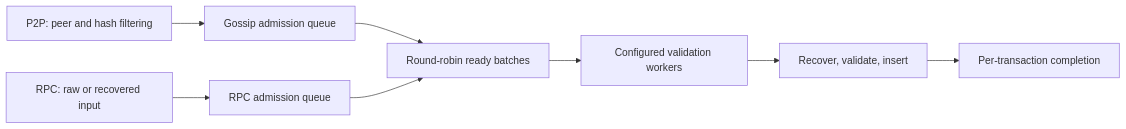
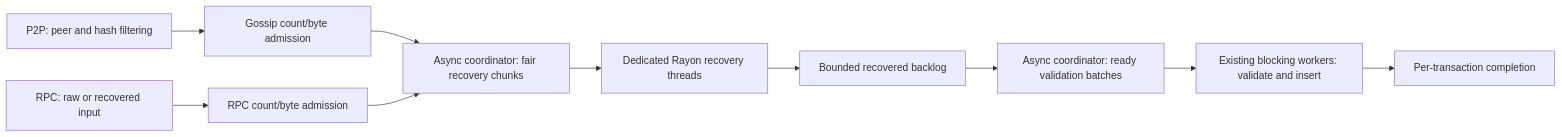
Before and after one commit to paradigmxyz/reth: the diagram in docs/design/transaction-ingress.md, drawn with Mermaid. The commit also changed other lines of this file and 8 other files, not shown here.

Commit message:
perf(txpool): separate bounded recovery and import stages

````diff
--- a/docs/design/transaction-ingress.md
+++ b/docs/design/transaction-ingress.md
@@ -7,10 +7,12 @@
 ```mermaid
 flowchart LR
-    P[P2P: peer and hash filtering] --> G[Gossip admission queue]
-    R[RPC: raw or recovered input] --> Q[RPC admission queue]
-    G --> S[Round-robin ready batches]
+    P[P2P: peer and hash filtering] --> G[Gossip count/byte admission]
+    R[RPC: raw or recovered input] --> Q[RPC count/byte admission]
+    G --> S[Async coordinator: fair recovery chunks]
     Q --> S
-    S --> W[Configured validation workers]
-    W --> V[Recover, validate, insert]
-    V --> C[Per-transaction completion]
+    S --> W[Dedicated Rayon recovery threads]
+    W --> B[Bounded recovered backlog]
+    B --> V[Async coordinator: ready validation batches]
+    V --> I[Existing blocking workers: validate and insert]
+    I --> C[Per-transaction completion]
 ```
````
